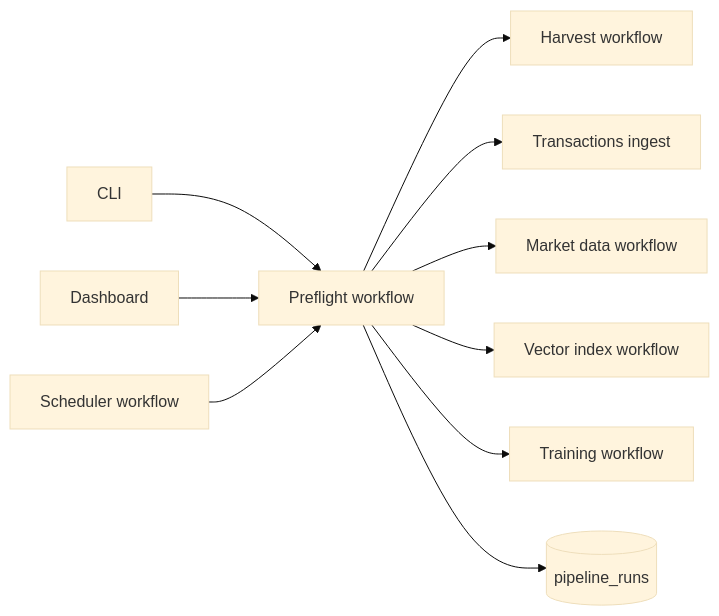
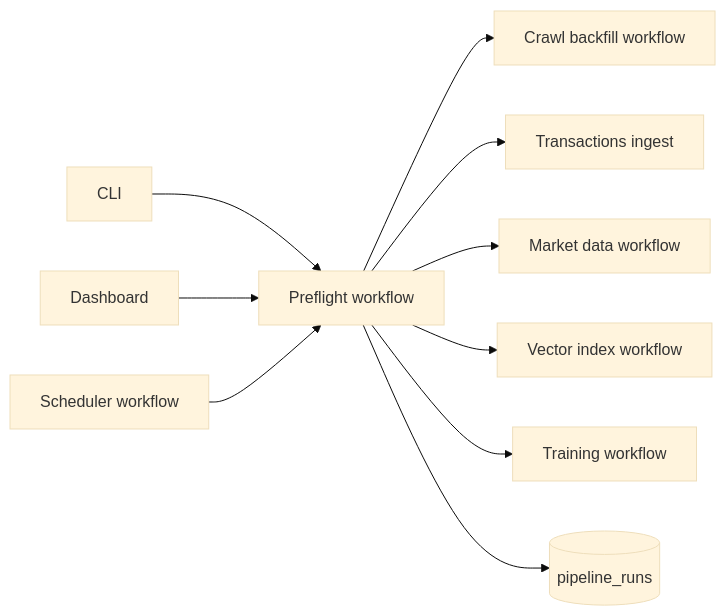
One commit to Nirtzur0/PropertyScanner changed the first of 4 diagrams in docs/02_data_pipeline.md. Above: the diagram before and after it, drawn with Mermaid (base theme). The commit also changed other lines of this file and 45 other files, not shown here.

````diff
--- a/docs/02_data_pipeline.md
+++ b/docs/02_data_pipeline.md
@@ -9,12 +9,12 @@
 ```mermaid
 flowchart LR
     CLI["CLI"] --> Preflight["Preflight workflow"]
     Dash["Dashboard"] --> Preflight
     Scheduler["Scheduler workflow"] --> Preflight
-    Preflight --> Harvest["Harvest workflow"]
+    Preflight --> Crawl["Crawl backfill workflow"]
     Preflight --> Transactions["Transactions ingest"]
     Preflight --> MarketData["Market data workflow"]
     Preflight --> Index["Vector index workflow"]
     Preflight --> Train["Training workflow"]
     Preflight --> Runs[("pipeline_runs")]
 ```
````
